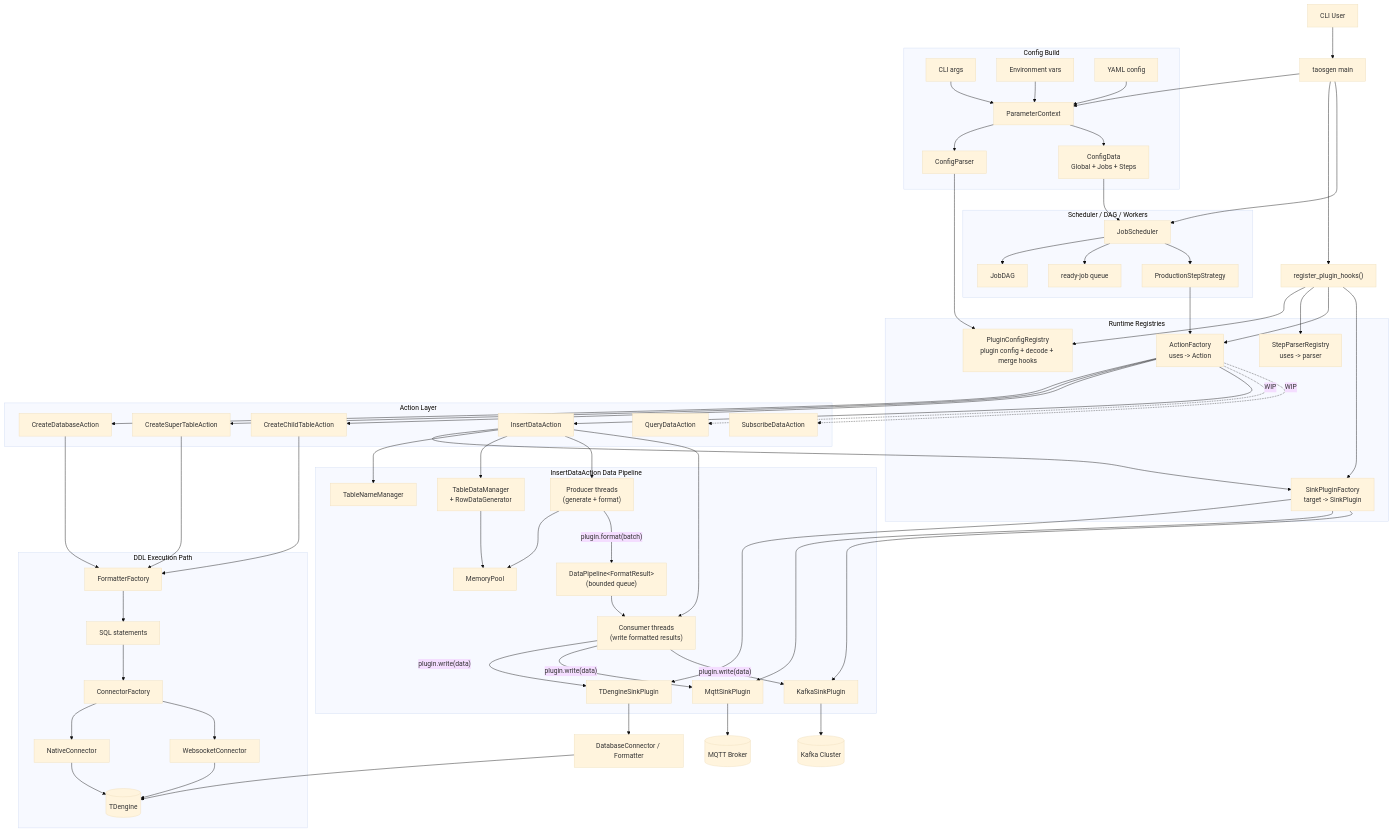
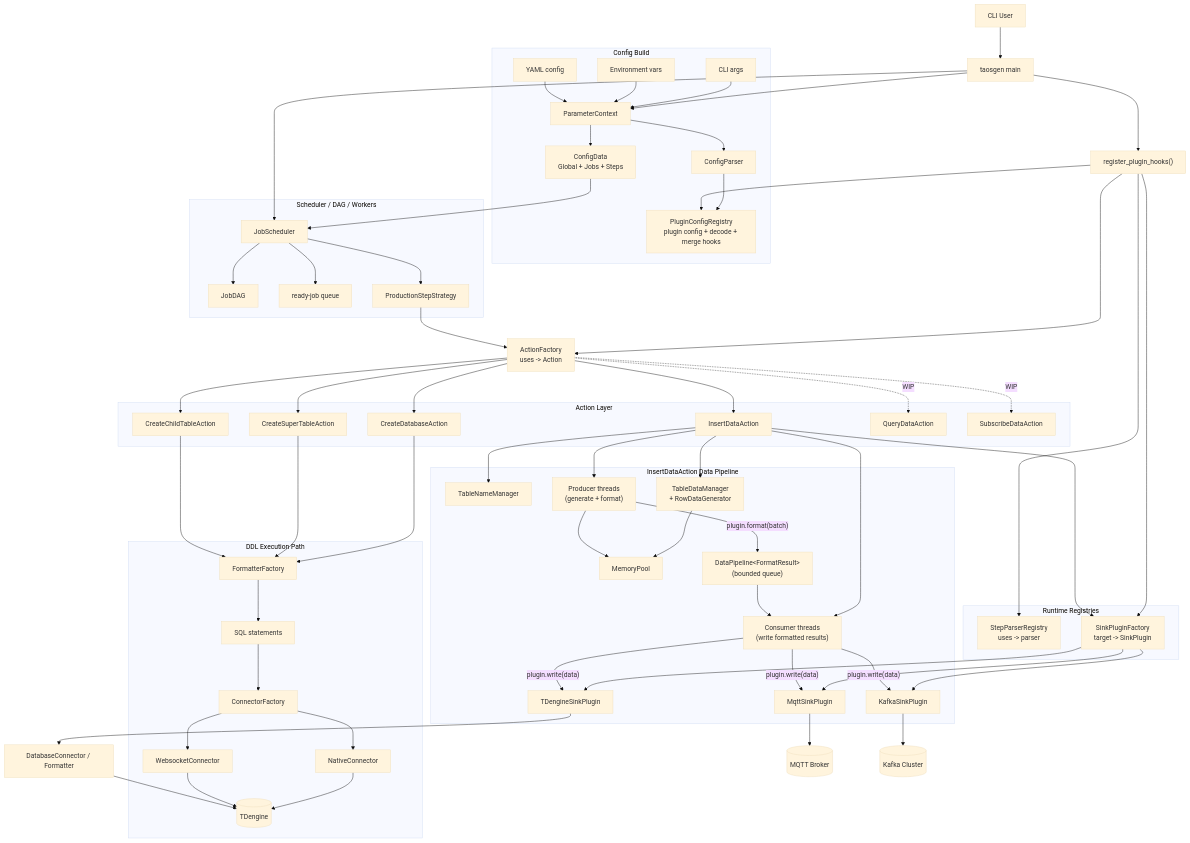
The first of 2 diagrams in README-CN.md (taosdata/taosgen), drawn with Mermaid (base theme) before and after one commit. The commit also changed 1 other file, not shown here.

Commit message:
docs: adjust the layout of the architecture diagram

```diff
--- a/README-CN.md
+++ b/README-CN.md
@@ -55,24 +55,11 @@
 flowchart TB
   %% ========== Entry ==========
   U["CLI User"] --> M["taosgen main"]
+  M --> PC["ParameterContext"]
   M --> RH["register_plugin_hooks()"]
-  M --> PC["ParameterContext"]
   M --> JS["JobScheduler"]
 
-  %% ========== Registries ==========
-  subgraph REG["Runtime Registries"]
-    PCR["PluginConfigRegistry<br/>plugin config + decode + merge hooks"]
-    SPR["StepParserRegistry<br/>uses -> parser"]
-    AFR["ActionFactory<br/>uses -> Action"]
-    SPF["SinkPluginFactory<br/>target -> SinkPlugin"]
-  end
-
-  RH --> PCR
-  RH --> SPR
-  RH --> AFR
-  RH --> SPF
-
-  %% ========== Config ==========
+  %% ========== Config (left branch) ==========
   subgraph CFG["Config Build"]
     CLI["CLI args"] --> PC
     ENV["Environment vars"] --> PC
@@ -82,15 +69,29 @@
     PC --> CD["ConfigData<br/>Global + Jobs + Steps"]
   end
 
+  %% ========== Registries ==========
+  subgraph REG["Runtime Registries"]
+    PCR["PluginConfigRegistry<br/>plugin config + decode + merge hooks"]
+    SPR["StepParserRegistry<br/>uses -> parser"]
+    SPF["SinkPluginFactory<br/>target -> SinkPlugin"]
+  end
+
+  RH --> PCR
+  RH --> SPR
+  RH --> SPF
+
+  %% ========== Scheduling ==========
   CD --> JS
 
-  %% ========== Scheduling ==========
   subgraph SCH["Scheduler / DAG / Workers"]
     JS --> DAG["JobDAG"]
     JS --> RQ["ready-job queue"]
     JS --> SS["ProductionStepStrategy"]
-    SS --> AFR
   end
+
+  %% ========== Action dispatch (bridge) ==========
+  RH --> AFR["ActionFactory<br/>uses -> Action"]
+  SS --> AFR
 
   %% ========== Action Layer ==========
   subgraph ACT["Action Layer"]
@@ -109,7 +110,7 @@
   AFR -. WIP .-> A5
   AFR -. WIP .-> A6
 
-  %% ========== DDL Path ==========
+  %% ========== DDL Path (left execution branch) ==========
   subgraph DDL["DDL Execution Path"]
     FF["FormatterFactory"]
     SQL["SQL statements"]
@@ -129,7 +130,7 @@
   NC --> TD
   WC --> TD
 
-  %% ========== Insert Pipeline ==========
+  %% ========== Insert Pipeline (right execution branch) ==========
   subgraph INS["InsertDataAction Data Pipeline"]
     A4 --> SPF
     SPF --> TDSP["TDengineSinkPlugin"]
```
